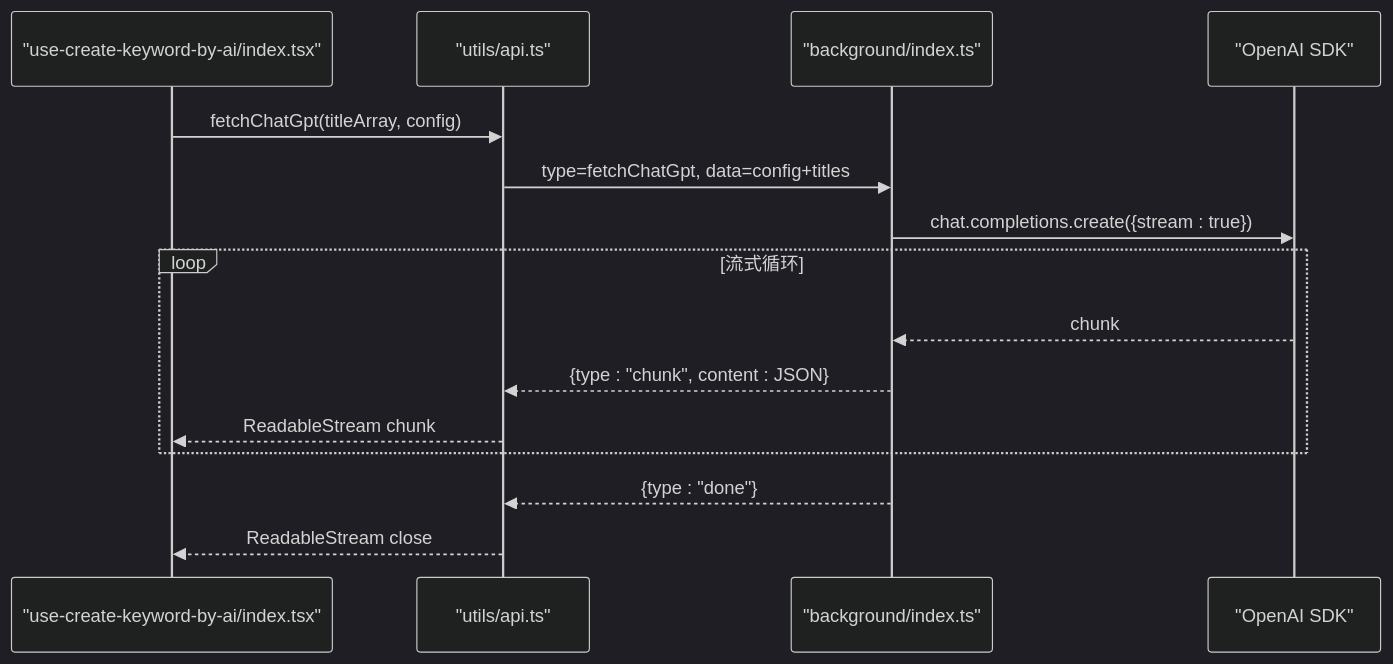
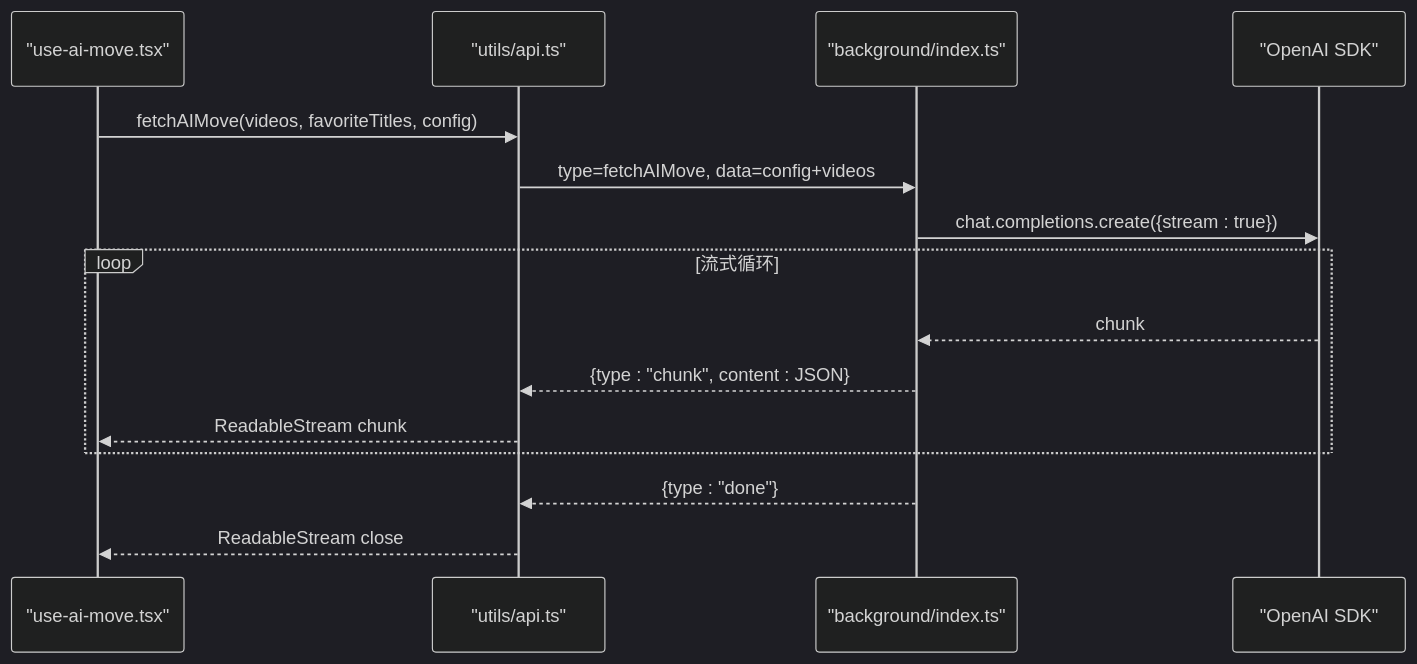
One commit to RadiumAg/bilibili-favorites changed the fourth of 7 diagrams in .qoder/repowiki/zh/content/API参考文档/AI服务API.md. Above: the diagram before and after it, drawn with Mermaid (dark theme). The commit also changed other lines of this file and 4 other files, not shown here.

````diff
--- a/.qoder/repowiki/zh/content/API参考文档/AI服务API.md
+++ b/.qoder/repowiki/zh/content/API参考文档/AI服务API.md
@@ -194,17 +233,17 @@
 ```mermaid
 sequenceDiagram
-participant Hook as "use-create-keyword-by-ai/index.tsx"
+participant Hook as "use-ai-move.tsx"
 participant API as "utils/api.ts"
 participant BG as "background/index.ts"
 participant OA as "OpenAI SDK"
-Hook->>API : fetchChatGpt(titleArray, config)
-API->>BG : type=fetchChatGpt, data=config+titles
+Hook->>API : fetchAIMove(videos, favoriteTitles, config)
+API->>BG : type=fetchAIMove, data=config+videos
 BG->>OA : chat.completions.create({stream : true})
 loop 流式循环
 OA-->>BG : chunk
 BG-->>API : {type : "chunk", content : JSON}
 API-->>Hook : ReadableStream chunk
 end
 BG-->>API : {type : "done"}
 API-->>Hook : ReadableStream close
 ```
````
